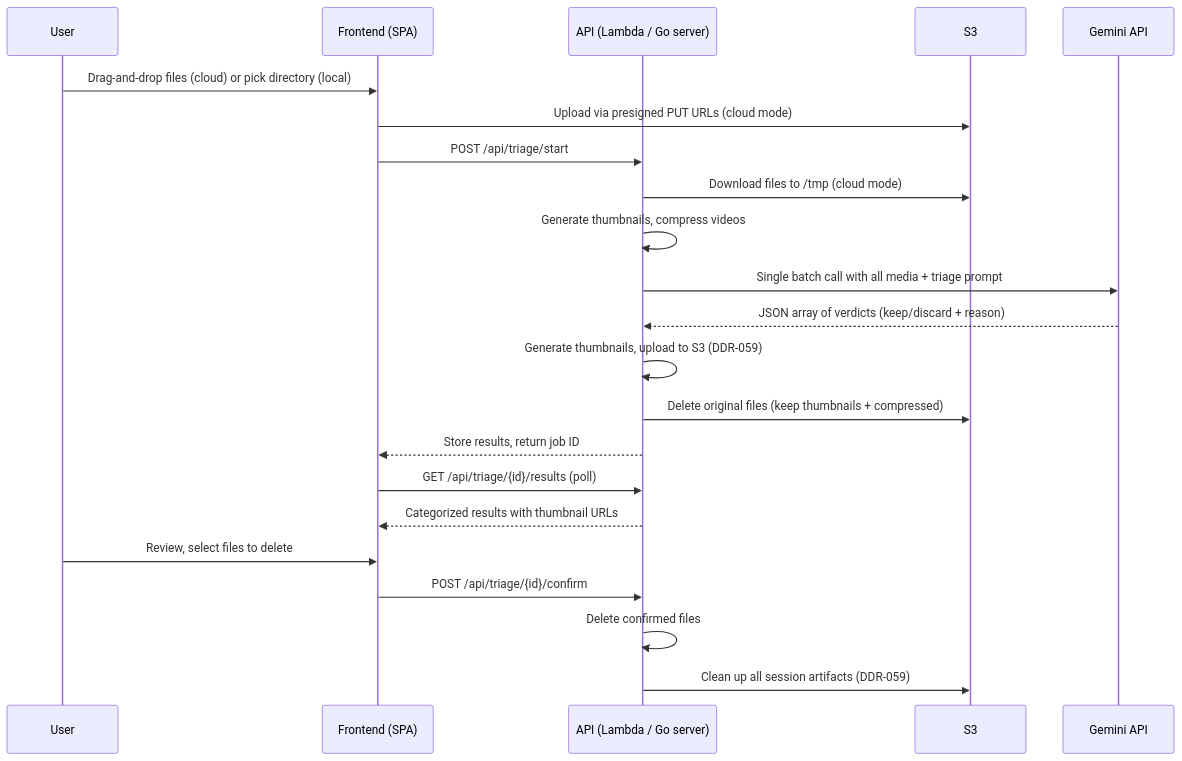
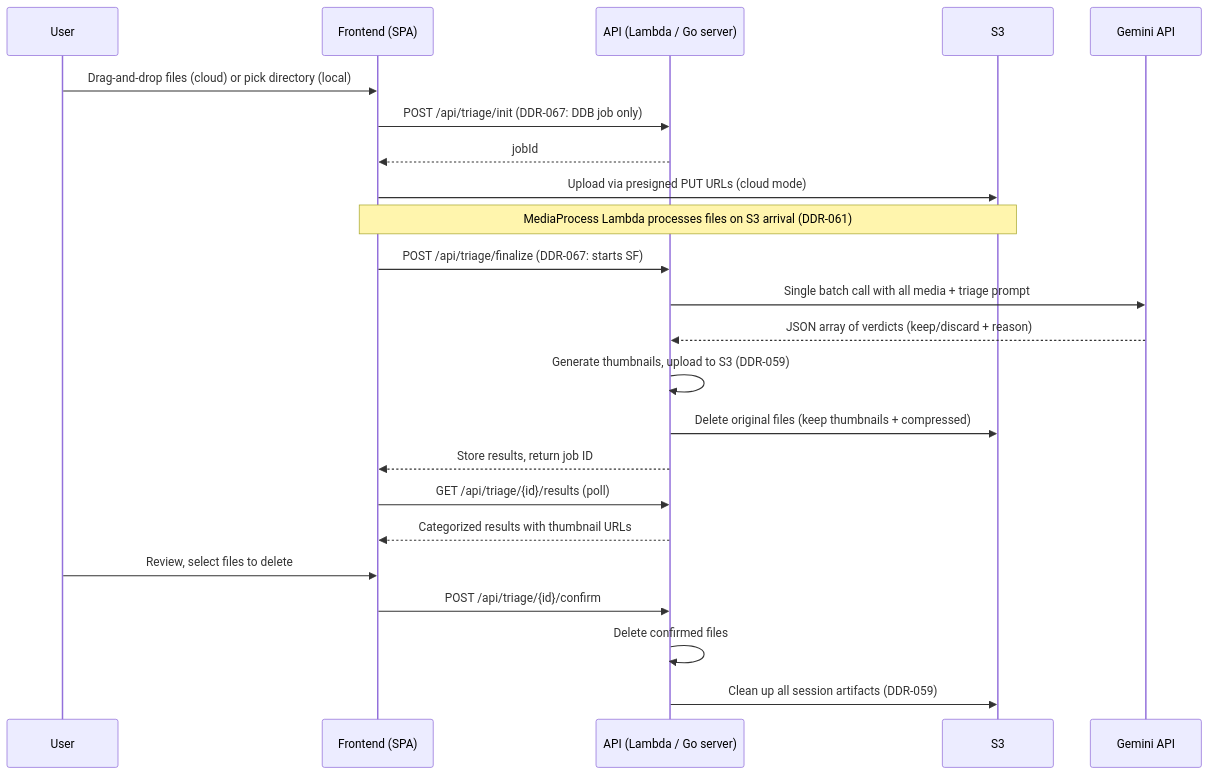
Before and after one commit to francis-pang/ai-social-media-helper: the second of 2 diagrams in docs/media-triage.md, drawn with Mermaid. The commit also changed other lines of this file and 16 other files, not shown here.

First line of the commit message:
feat: triage processing optimization (DDR-067)

````diff
--- a/docs/media-triage.md
+++ b/docs/media-triage.md
@@ -36,25 +38,26 @@
 ```mermaid
 sequenceDiagram
     participant User
     participant Frontend as Frontend (SPA)
     participant API as API (Lambda / Go server)
     participant S3
     participant Gemini as Gemini API
 
     User->>Frontend: Drag-and-drop files (cloud) or pick directory (local)
+    Frontend->>API: POST /api/triage/init (DDR-067: DDB job only)
+    API-->>Frontend: jobId
     Frontend->>S3: Upload via presigned PUT URLs (cloud mode)
-    Frontend->>API: POST /api/triage/start
-    API->>S3: Download files to /tmp (cloud mode)
-    API->>API: Generate thumbnails, compress videos
+    Note over Frontend,S3: MediaProcess Lambda processes files on S3 arrival (DDR-061)
+    Frontend->>API: POST /api/triage/finalize (DDR-067: starts SF)
     API->>Gemini: Single batch call with all media + triage prompt
     Gemini-->>API: JSON array of verdicts (keep/discard + reason)
     API->>API: Generate thumbnails, upload to S3 (DDR-059)
     API->>S3: Delete original files (keep thumbnails + compressed)
     API-->>Frontend: Store results, return job ID
     Frontend->>API: GET /api/triage/{id}/results (poll)
     API-->>Frontend: Categorized results with thumbnail URLs
     User->>Frontend: Review, select files to delete
     Frontend->>API: POST /api/triage/{id}/confirm
     API->>API: Delete confirmed files
     API->>S3: Clean up all session artifacts (DDR-059)
 ```
````
